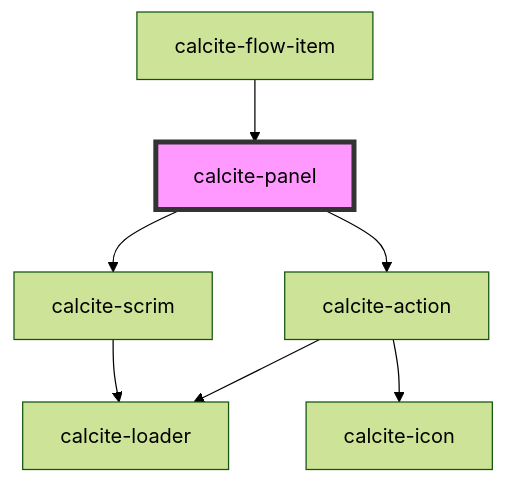
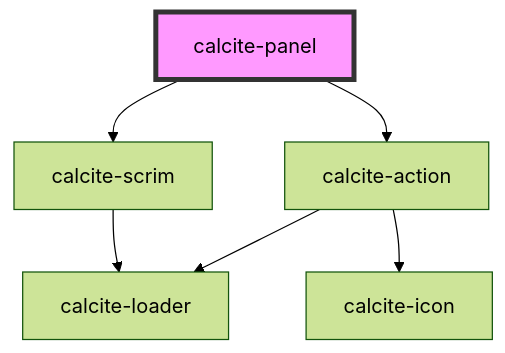
Before and after one commit to vikivakarvc/calcite-design-system: the diagram in src/components/calcite-panel/readme.md, drawn with Mermaid (forest theme). The commit also changed other lines of this file and 40 other files, not shown here.

First line of the commit message:
refactor(panel, flow-item, flow, shell-panel): removes flow-item, enhances panel to replace flow-item, updates flow to use panel, removes props from shell-panel (#949)

````diff
--- a/src/components/calcite-panel/readme.md
+++ b/src/components/calcite-panel/readme.md
@@ -118,10 +129,9 @@
 ```mermaid
 graph TD;
   calcite-panel --> calcite-action
   calcite-panel --> calcite-scrim
   calcite-action --> calcite-loader
   calcite-action --> calcite-icon
   calcite-scrim --> calcite-loader
-  calcite-flow-item --> calcite-panel
   style calcite-panel fill:#f9f,stroke:#333,stroke-width:4px
 ```
````
